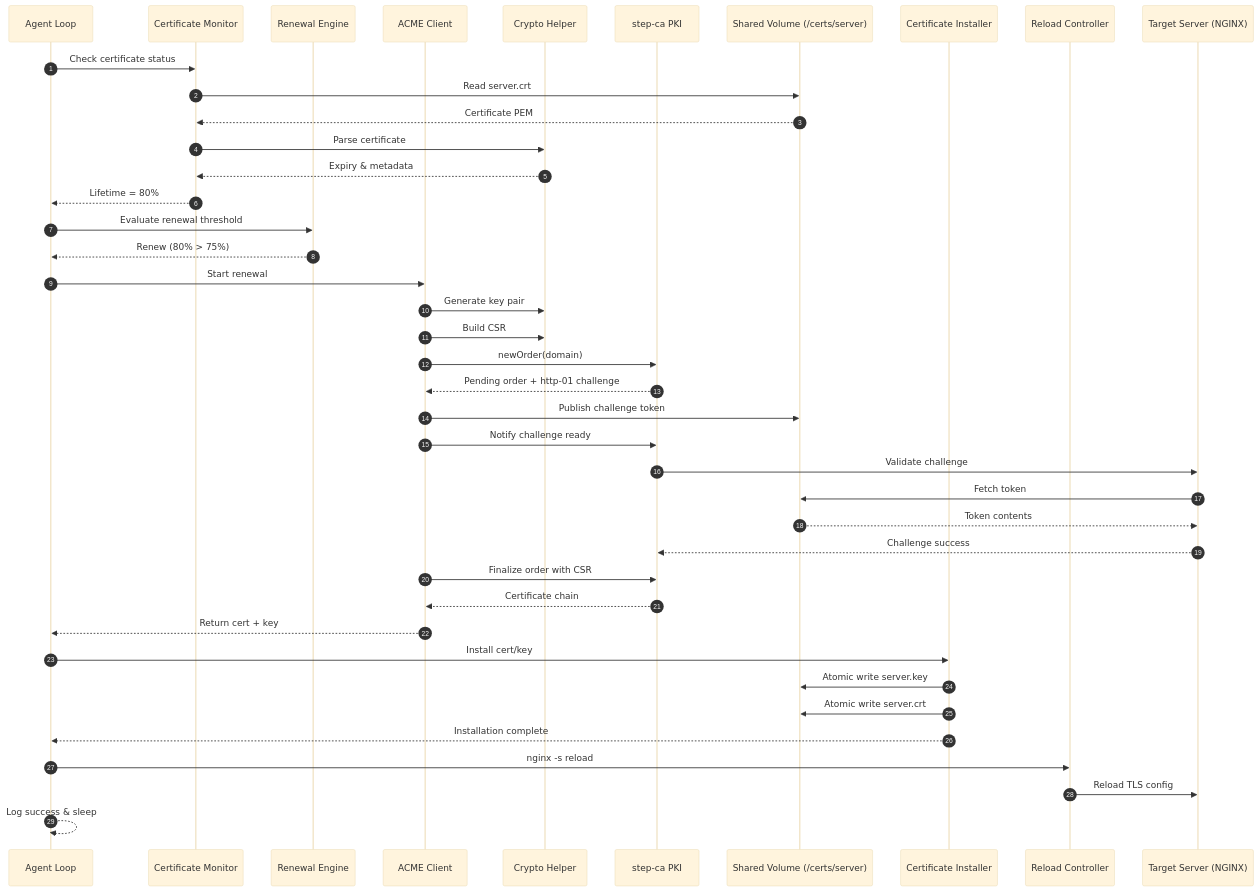
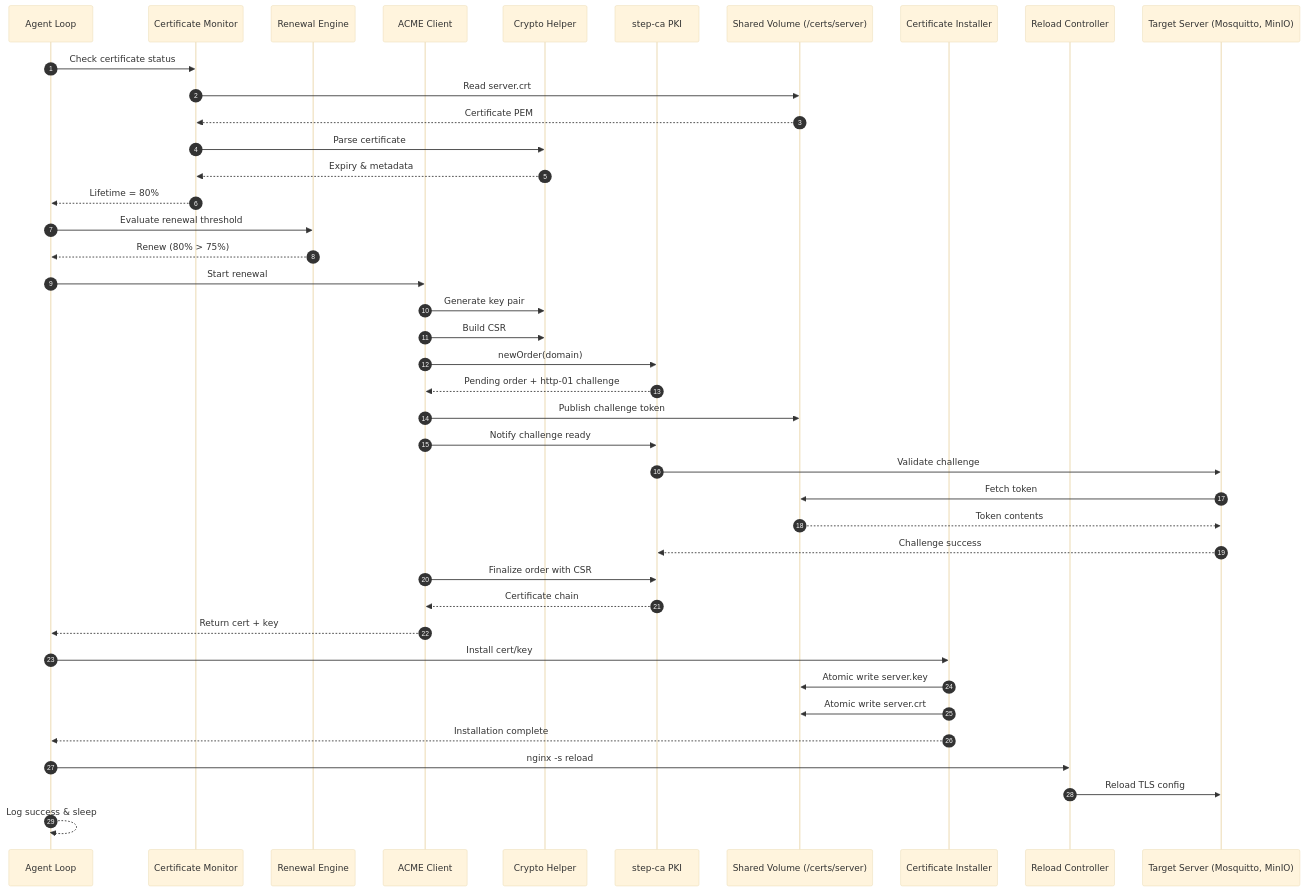
The diagram in poc/edge-certificate-agents/docs/diagrams/acme_renewal_sequence.mmd (TBCTSystems/bct-applications-architecture), drawn with Mermaid (base theme) before and after one commit. The commit also changed 8 other files, not shown here.

Commit message:
Fix diagrams in docs section, generate low level component diagram

````diff
--- a/poc/edge-certificate-agents/docs/diagrams/acme_renewal_sequence.mmd
+++ b/poc/edge-certificate-agents/docs/diagrams/acme_renewal_sequence.mmd
@@ -1,47 +1,45 @@
-```mermaid
 sequenceDiagram
     autonumber
     participant Agent as Agent Loop
     participant Monitor as Certificate Monitor
     participant Engine as Renewal Engine
     participant ACME as ACME Client
     participant Crypto as Crypto Helper
     participant PKI as step-ca PKI
     participant Volume as Shared Volume (/certs/server)
     participant Installer as Certificate Installer
     participant Reload as Reload Controller
-    participant Nginx as Target Server (NGINX)
+    participant Nginx as Target Server (Mosquitto, MinIO)
 
     Agent->>Monitor: Check certificate status
     Monitor->>Volume: Read server.crt
     Volume-->>Monitor: Certificate PEM
     Monitor->>Crypto: Parse certificate
     Crypto-->>Monitor: Expiry & metadata
     Monitor-->>Agent: Lifetime = 80%
     Agent->>Engine: Evaluate renewal threshold
     Engine-->>Agent: Renew (80% > 75%)
 
     Agent->>ACME: Start renewal
     ACME->>Crypto: Generate key pair
     ACME->>Crypto: Build CSR
     ACME->>PKI: newOrder(domain)
     PKI-->>ACME: Pending order + http-01 challenge
     ACME->>Volume: Publish challenge token
     ACME->>PKI: Notify challenge ready
     PKI->>Nginx: Validate challenge
     Nginx->>Volume: Fetch token
     Volume-->>Nginx: Token contents
     Nginx-->>PKI: Challenge success
 
     ACME->>PKI: Finalize order with CSR
     PKI-->>ACME: Certificate chain
     ACME-->>Agent: Return cert + key
 
     Agent->>Installer: Install cert/key
     Installer->>Volume: Atomic write server.key
     Installer->>Volume: Atomic write server.crt
     Installer-->>Agent: Installation complete
     Agent->>Reload: nginx -s reload
     Reload->>Nginx: Reload TLS config
     Agent-->>Agent: Log success & sleep
-```
````
